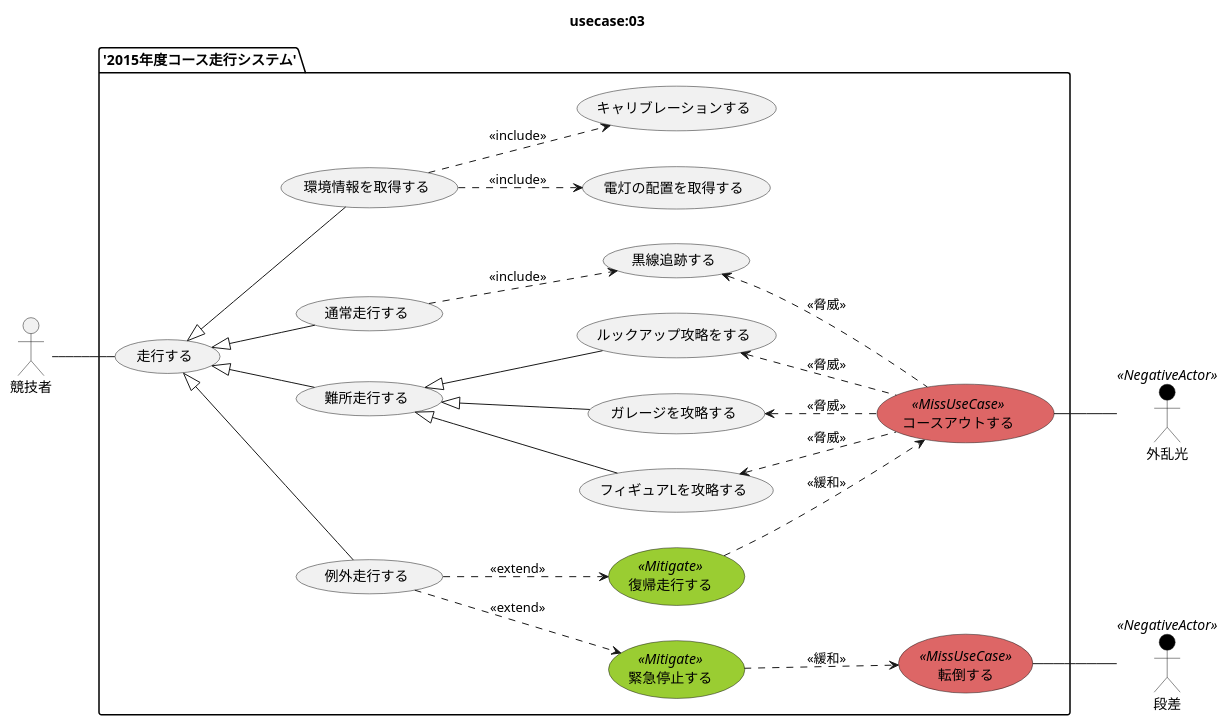
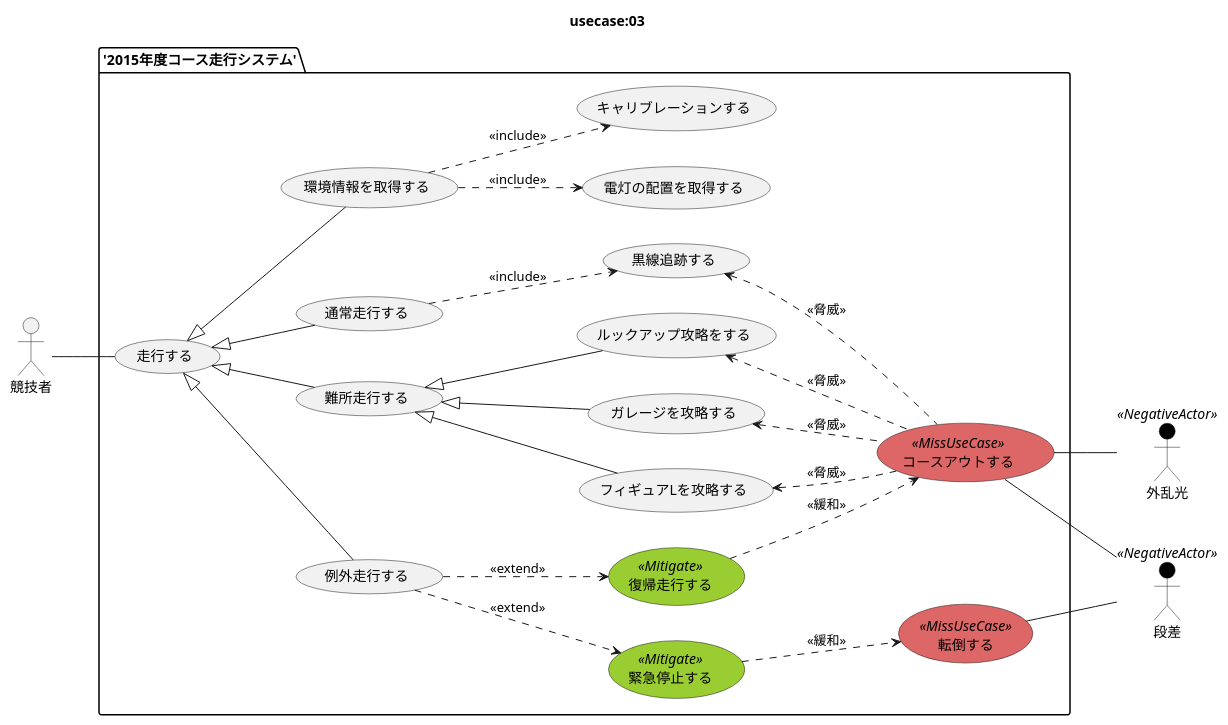
One commit to SLP-KBIT/ETR2015 changed the diagram in diagram/usecase/03/usecase.pu. Above: the diagram before and after it, drawn with PlantUML. The commit also changed 1 other file, not shown here.

Commit message:
(maxmellon:03:usecase) update usecase diagram

```diff
--- a/diagram/usecase/03/usecase.pu
+++ b/diagram/usecase/03/usecase.pu
@@ -1,76 +1,78 @@
 @startuml usecase.png
 
 title usecase:03 
 
 actor 競技者 as user
 
 left to right direction
 
 skinparam usecase {
   BackgroundColor<<MissUseCase>> #DD6666
   BackgroundColor<<Mitigate>> YellowGreen
 }
 
 skinparam actor {
   BackgroundColor<<NegativeActor>> Black
 }
 
 actor 外乱光 as noise <<NegativeActor>>
 actor 段差   as ramp  <<NegativeActor>>
 
 package '2015年度コース走行システム' {
 
   usecase 走行する                as defalut
 
   usecase 通常走行する            as normal
   usecase 難所走行する            as different
   usecase 例外走行する            as exception
 
   usecase 黒線追跡する            as line
   usecase ガレージを攻略する      as grage
   usecase ルックアップ攻略をする  as lookup
   usecase フィギュアLを攻略する   as figureL
 
   usecase 復帰走行する            as return    <<Mitigate>>
   usecase 緊急停止する            as stop      <<Mitigate>>
 
   usecase コースアウトする        as courseout <<MissUseCase>>
   usecase 転倒する                as falling   <<MissUseCase>>
 
   usecase 環境情報を取得する      as getenv
 
   usecase 電灯の配置を取得する    as getlight
   usecase キャリブレーションする  as calb
 
   user -- defalut
 
   defalut <|-- normal
   defalut <|-- different
   defalut <|-- exception
   defalut <|-- getenv
 
   normal ..> line    : <<include>>
-  line <.. courseout : <<脅威>>
-  grage <.. courseout : <<脅威>>
-  lookup <.. courseout : <<脅威>>
+
+  line    <.. courseout : <<脅威>>
+  grage   <.. courseout : <<脅威>>
+  lookup  <.. courseout : <<脅威>>
   figureL <.. courseout : <<脅威>>
 
   different <|-- grage
   different <|-- lookup
   different <|-- figureL
 
   exception ..> return : <<extend>>
   exception ..> stop   : <<extend>>
 
   getenv ..> getlight  : <<include>>
   getenv ..> calb      : <<include>>
 
   return ..> courseout : <<緩和>>
   stop   ..> falling   : <<緩和>>
 
   courseout -- noise
-  falling  -- ramp
+  courseout -- ramp
+  falling   -- ramp
 
 }
 
 @enduml
```
